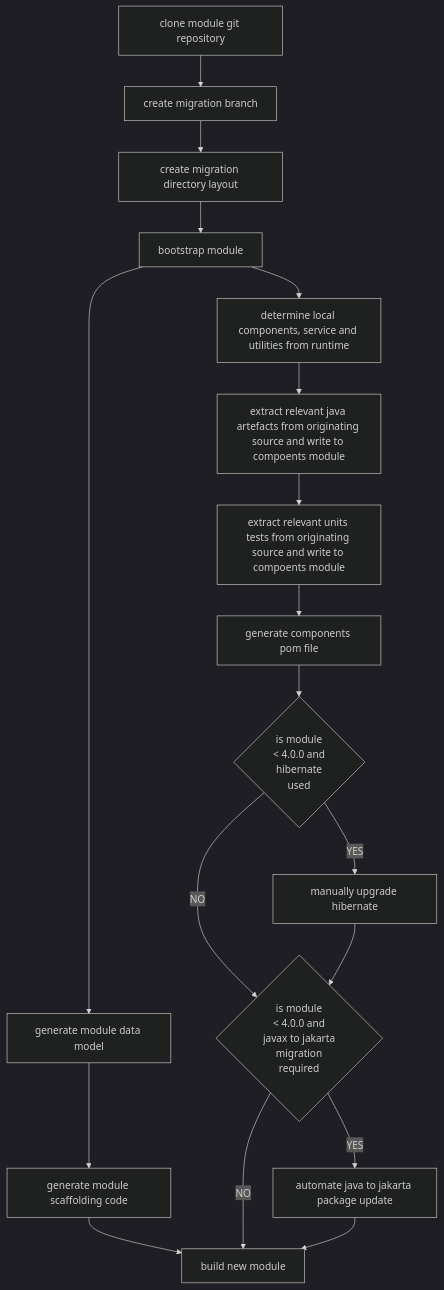
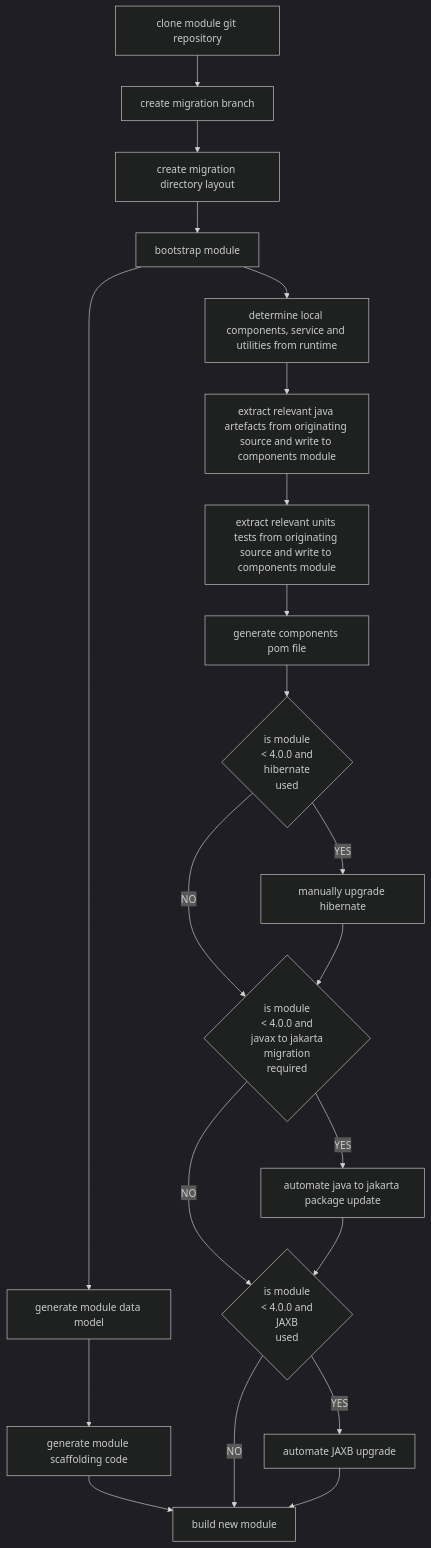
Before and after one commit to ikasanEIP/ikasan: the diagram in ikasaneip/developer/docs/roadmap/ModuleUpgradeUtilities.md, drawn with Mermaid (dark theme). The commit also changed other lines of this file and 1 other file, not shown here.

````diff
--- a/ikasaneip/developer/docs/roadmap/ModuleUpgradeUtilities.md
+++ b/ikasaneip/developer/docs/roadmap/ModuleUpgradeUtilities.md
@@ -46,27 +19,33 @@
 ```mermaid
 flowchart TD
     A[clone module git repository] --> B[create migration branch]
     B --> I[create migration directory layout]
     I --> C[bootstrap module]
     C --> D[generate module data model]
     D --> G[generate module scaffolding code]
     G --> L[build new module]
-    C --> E[ determine local components, service and utilities from runtime]
-    E --> H[extract relevant java artefacts from originating source and write to compoents module]
-    H --> J[extract relevant units tests from originating source and write to compoents module]
+    C --> E[determine local components, service and utilities from runtime]
+    E --> H[extract relevant java artefacts from originating source and write to components module]
+    H --> J[extract relevant units tests from originating source and write to components module]
     J --> K[generate components pom file]
     K --> M{is module 
     < 4.0.0 and 
     hibernate
     used}  
     M --> |YES| N[manually upgrade hibernate] 
     M --> |NO| O{is module 
     < 4.0.0 and 
     javax to jakarta 
     migration
     required}
     N --> O
     O --> |YES| P[automate java to jakarta package update]
-    O --> |NO| L
-    P --> L
+    O --> |NO| Q{is module
+    < 4.0.0 and
+    JAXB
+    used}
+    P --> Q 
+    Q --> |YES| R[automate JAXB upgrade] 
+    Q --> |NO| L
+    R --> L
 ```
````
